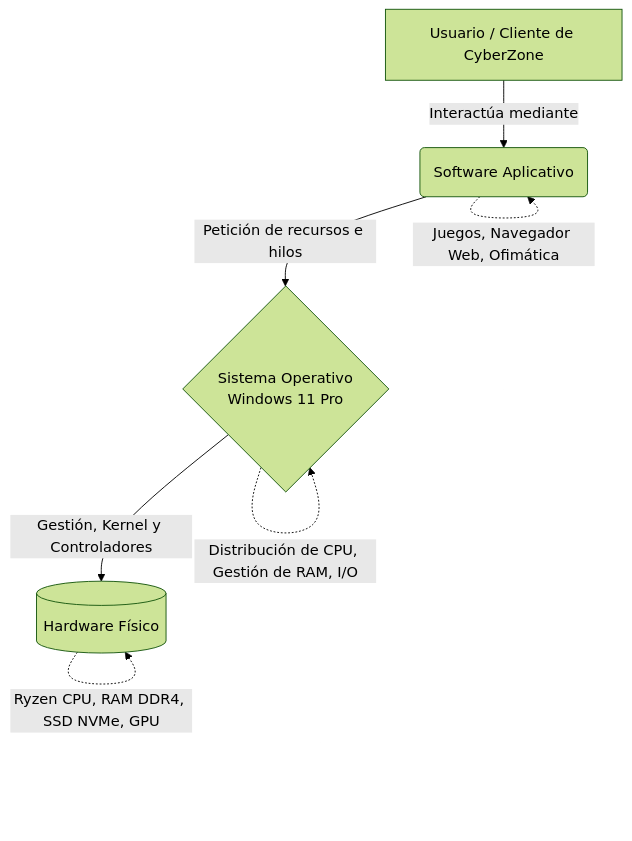
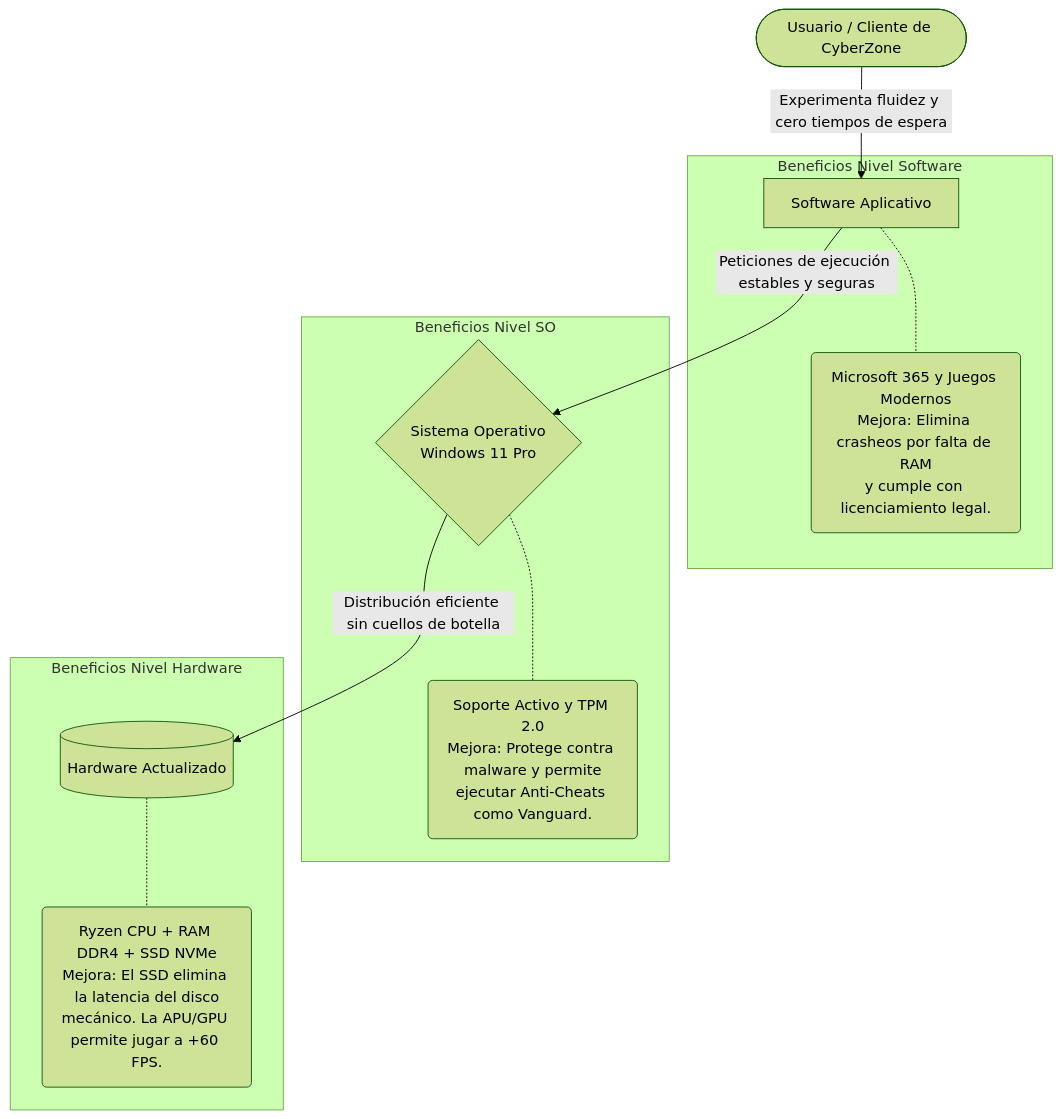
The diagram in README.md (samuelbarrios99/ABP-PLATAFORMA-HARD-Y-SOFT-), drawn with Mermaid (forest theme) before and after one commit. The commit also changed other lines of this file, not shown here.

Commit message:
Update Diagrama detallado

````diff
--- a/README.md
+++ b/README.md
@@ -2,10 +1,18 @@
 ```mermaid
 flowchart TD
-    A[Usuario / Cliente de CyberZone] -->|Interactúa mediante| B(Software Aplicativo)
-    B -->|Petición de recursos e hilos| C{Sistema Operativo\nWindows 11 Pro}
-    C -->|Gestión, Kernel y Controladores| D[(Hardware Físico)]
-    
-    B -.->|Juegos, Navegador Web, Ofimática| B
-    C -.->|Distribución de CPU, Gestión de RAM, I/O| C
-    D -.->|Ryzen CPU, RAM DDR4, SSD NVMe, GPU| D
+    A([Usuario / Cliente de CyberZone]) -->|Experimenta fluidez y cero tiempos de espera| B[Software Aplicativo]
+    B -->|Peticiones de ejecución estables y seguras| C{Sistema Operativo\nWindows 11 Pro}
+    C -->|Distribución eficiente sin cuellos de botella| D[(Hardware Actualizado)]
+
+    subgraph Beneficios Nivel Software
+    B -.- B1(Microsoft 365 y Juegos Modernos\nMejora: Elimina crasheos por falta de RAM\ny cumple con licenciamiento legal.)
+    end
+
+    subgraph Beneficios Nivel SO
+    C -.- C1(Soporte Activo y TPM 2.0\nMejora: Protege contra malware y permite\nejecutar Anti-Cheats como Vanguard.)
+    end
+
+    subgraph Beneficios Nivel Hardware
+    D -.- D1(Ryzen CPU + RAM DDR4 + SSD NVMe\nMejora: El SSD elimina la latencia del disco\nmecánico. La APU/GPU permite jugar a +60 FPS.)
+    end
 ``` 
````
